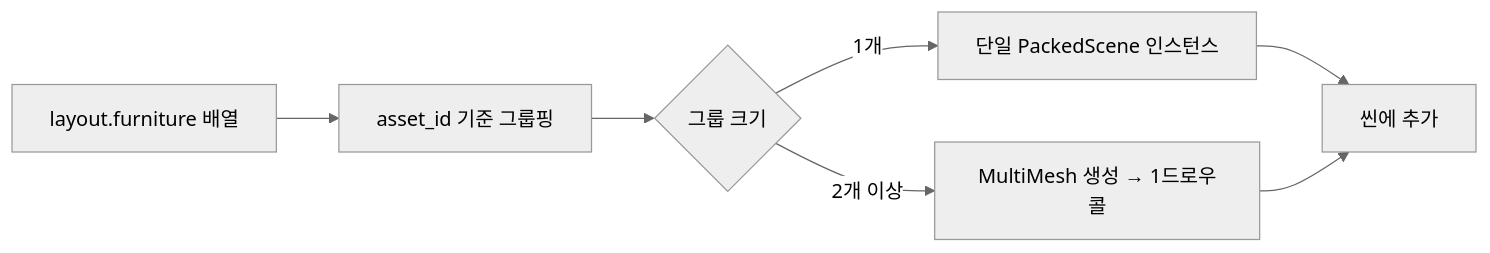
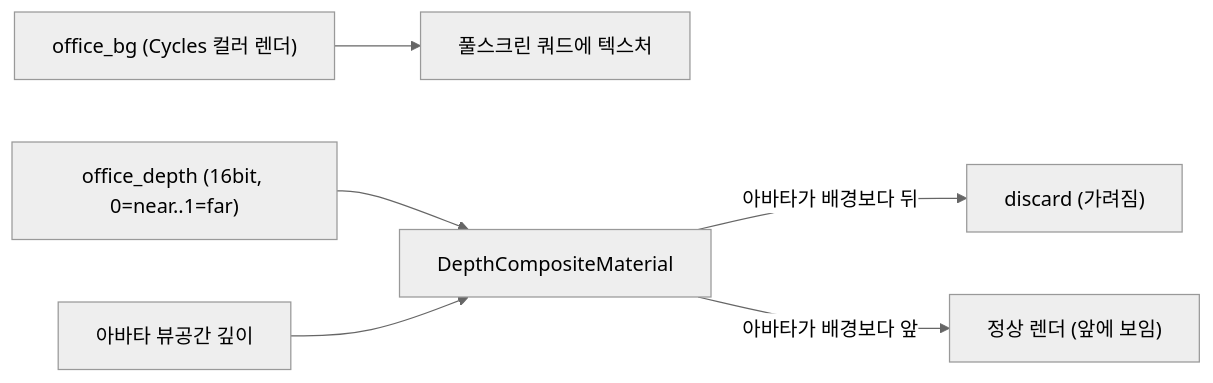
The second of 6 diagrams in docs/3d-design/scene-structure.md (choiwjun/virtualoffice_new), drawn with Mermaid (neutral theme) before and after one commit. The commit also changed other lines of this file and 739 other files, not shown here.

````diff
--- a/docs/3d-design/scene-structure.md
+++ b/docs/3d-design/scene-structure.md
@@ -214,9 +105,8 @@
 ```mermaid
 flowchart LR
-    A["layout.furniture 배열"] --> B["asset_id 기준 그룹핑"]
-    B --> C{"그룹 크기"}
-    C -- "1개" --> D["단일 PackedScene 인스턴스"]
-    C -- "2개 이상" --> E["MultiMesh 생성 → 1드로우콜"]
-    D --> F["씬에 추가"]
-    E --> F
+    A["office_bg (Cycles 컬러 렌더)"] --> Q["풀스크린 쿼드에 텍스처"]
+    D["office_depth (16bit, 0=near..1=far)"] --> S["DepthCompositeMaterial"]
+    AV["아바타 뷰공간 깊이"] --> S
+    S -- "아바타가 배경보다 뒤" --> X["discard (가려짐)"]
+    S -- "아바타가 배경보다 앞" --> V["정상 렌더 (앞에 보임)"]
 ```
````
